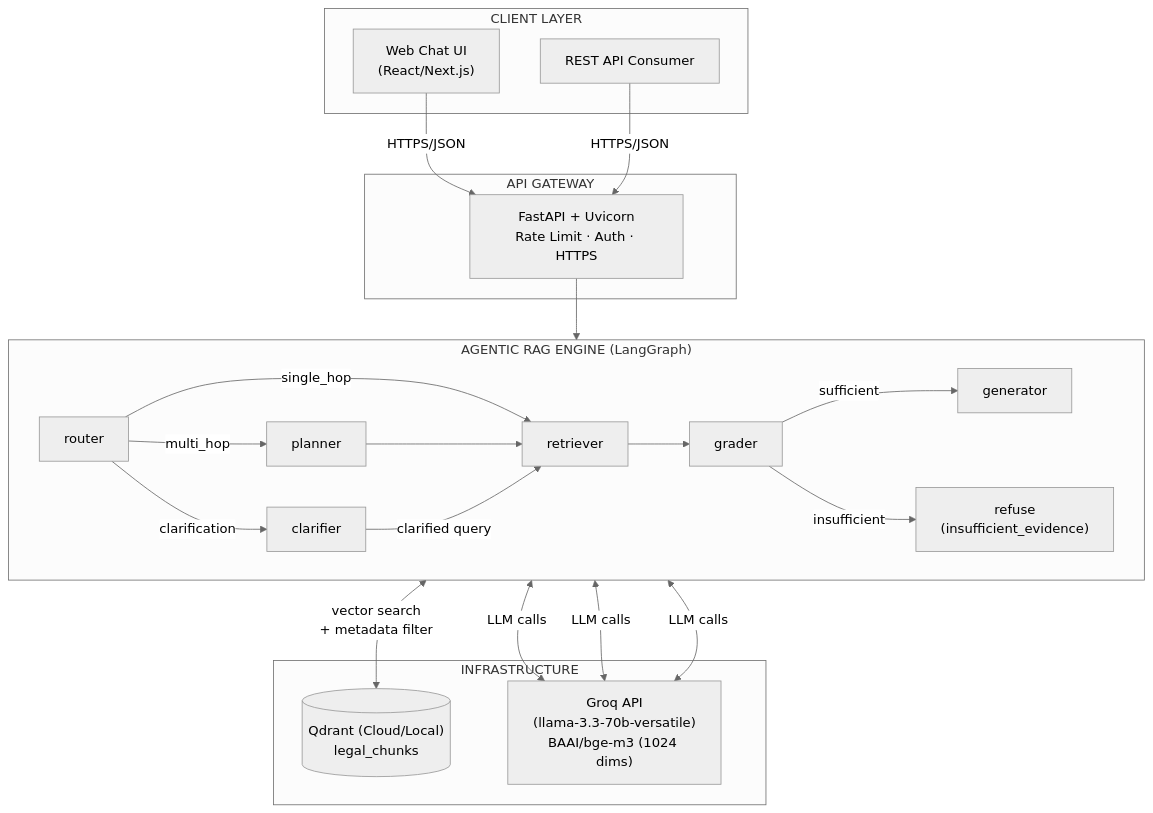
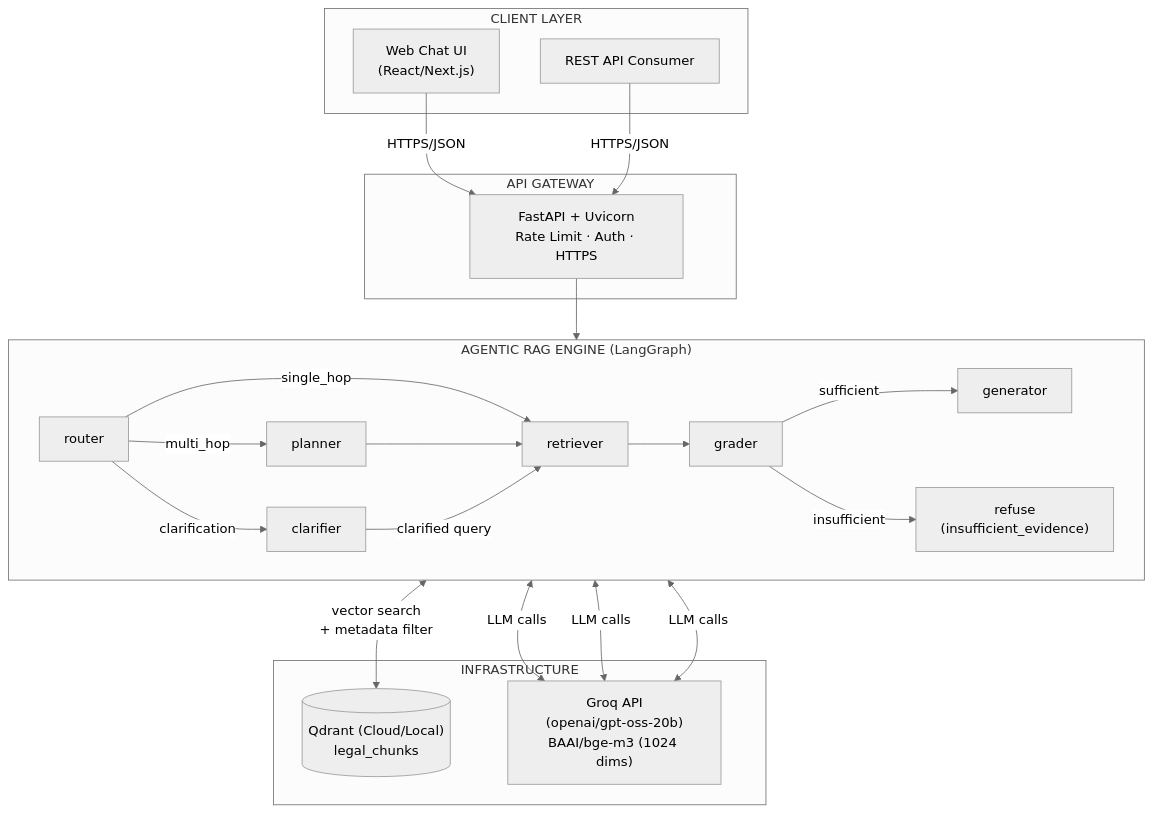
Before and after one commit to dovh25/agentic-rag-legal-qa-hanoi: the first of 4 diagrams in docs/PRD.md, drawn with Mermaid (neutral theme). The commit also changed other lines of this file and 70 other files, not shown here.

First line of the commit message:
feat: migrate LLM from Llama to GPT-OSS-20b via Groq + update frontend to Tailwind v3 + documentation updates

````diff
--- a/docs/PRD.md
+++ b/docs/PRD.md
@@ -309,40 +309,40 @@
 ```mermaid
 graph TB
     subgraph CLIENT["CLIENT LAYER"]
         UI["Web Chat UI\n(React/Next.js)"]
         API_C["REST API Consumer"]
     end
 
     subgraph GW["API GATEWAY"]
         FA["FastAPI + Uvicorn\nRate Limit · Auth · HTTPS"]
     end
 
     subgraph ENGINE["AGENTIC RAG ENGINE (LangGraph)"]
         direction LR
         ROUTER["router"]
         PLANNER["planner"]
         RETRIEVER["retriever"]
         GRADER["grader"]
         GENERATOR["generator"]
         CLARIFIER["clarifier"]
 
         ROUTER -->|multi_hop| PLANNER
         ROUTER -->|single_hop| RETRIEVER
         ROUTER -->|clarification| CLARIFIER
         PLANNER --> RETRIEVER
         RETRIEVER --> GRADER
         GRADER -->|sufficient| GENERATOR
         GRADER -->|insufficient| REFUSE["refuse\n(insufficient_evidence)"]
         CLARIFIER -->|clarified query| RETRIEVER
     end
 
     subgraph INFRA["INFRASTRUCTURE"]
         QDRANT[("Qdrant (Cloud/Local)\nlegal_chunks")]
-        LLM["Groq API\n(llama-3.3-70b-versatile)\nBAAI/bge-m3 (1024 dims)"]
+        LLM["Groq API\n(openai/gpt-oss-20b)\nBAAI/bge-m3 (1024 dims)"]
     end
 
     UI & API_C -->|HTTPS/JSON| FA
     FA --> ENGINE
     RETRIEVER <-->|vector search\n+ metadata filter| QDRANT
     ROUTER & PLANNER & GENERATOR <-->|LLM calls| LLM
 ```
````
